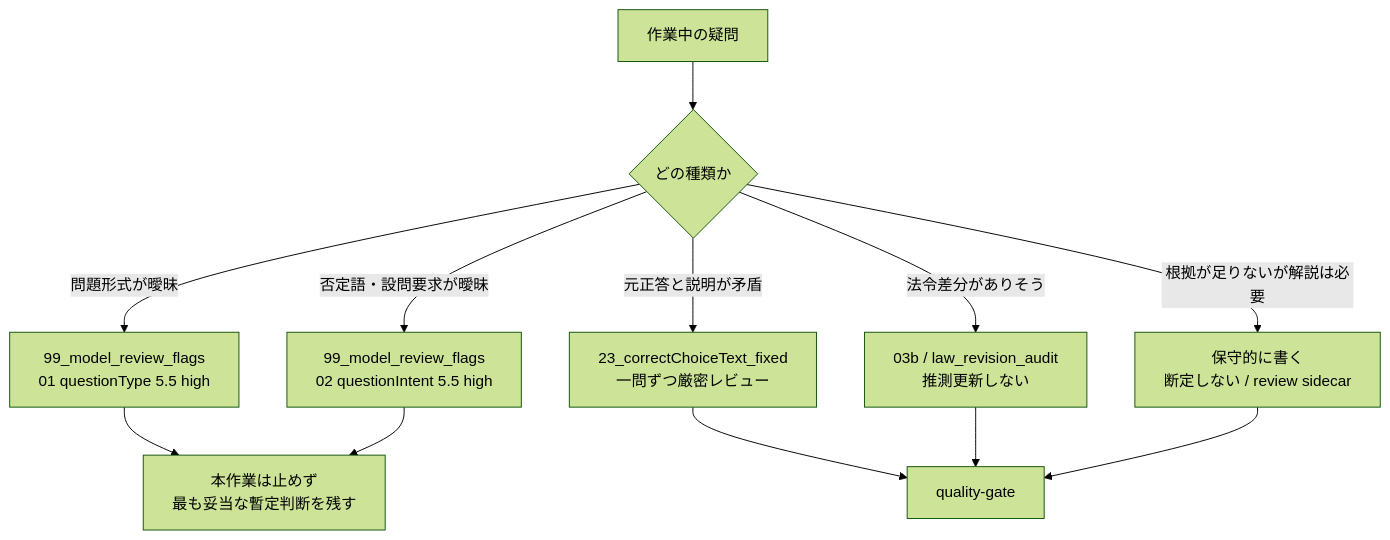
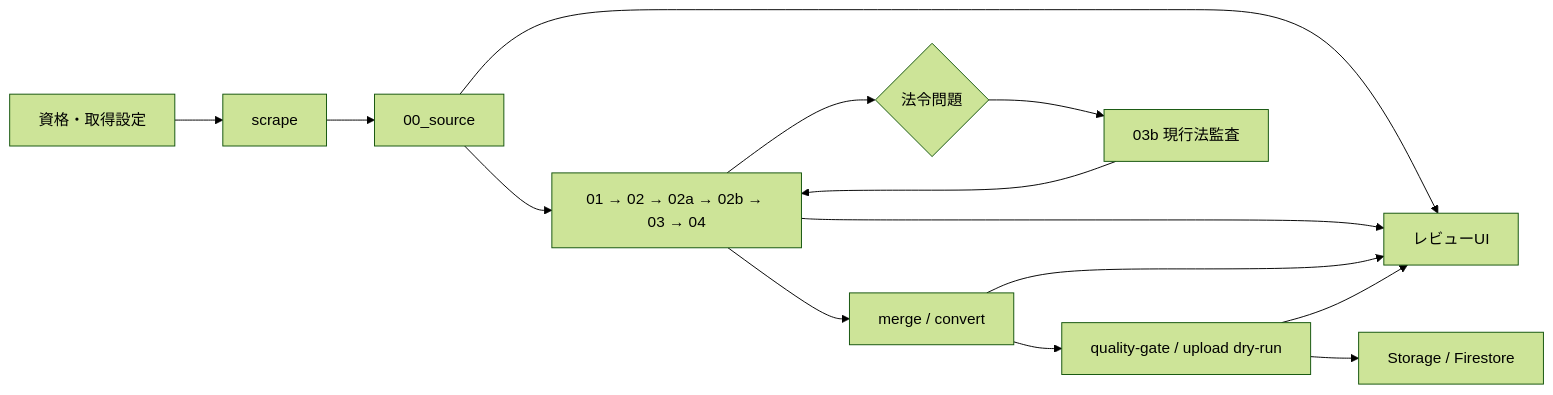
The diagram in document/operations/exam_pipeline_manual_and_automation.md (yuki-mats/exam_scraper), drawn with Mermaid (forest theme) before and after one commit. The commit also changed other lines of this file and 32 other files, not shown here.

````diff
--- a/document/operations/exam_pipeline_manual_and_automation.md
+++ b/document/operations/exam_pipeline_manual_and_automation.md
@@ -198,15 +7,18 @@
 ```mermaid
-flowchart TD
-  Work["作業中の疑問"] --> Type{"どの種類か"}
-  Type -- "問題形式が曖昧" --> Sidecar01["99_model_review_flags<br/>01 questionType 5.5 high"]
-  Type -- "否定語・設問要求が曖昧" --> Sidecar02["99_model_review_flags<br/>02 questionIntent 5.5 high"]
-  Type -- "元正答と説明が矛盾" --> CorrectReview["23_correctChoiceText_fixed<br/>一問ずつ厳密レビュー"]
-  Type -- "法令差分がありそう" --> LawAudit["03b / law_revision_audit<br/>推測更新しない"]
-  Type -- "根拠が足りないが解説は必要" --> Conservative["保守的に書く<br/>断定しない / review sidecar"]
+flowchart LR
+  Setup["資格・取得設定"] --> Scrape["scrape"]
+  Scrape --> Source["00_source"]
+  Source --> Review["01 → 02 → 02a → 02b → 03 → 04"]
+  Review --> Merge["merge / convert"]
+  Merge --> Gate["quality-gate / upload dry-run"]
+  Gate --> Publish["Storage / Firestore"]
 
-  Sidecar01 --> Continue["本作業は止めず<br/>最も妥当な暫定判断を残す"]
-  Sidecar02 --> Continue
-  CorrectReview --> Gate["quality-gate"]
-  LawAudit --> Gate
-  Conservative --> Gate
+  Review --> Law{"法令問題"}
+  Law --> Audit["03b 現行法監査"]
+  Audit --> Review
+
+  Source --> Console["レビューUI"]
+  Review --> Console
+  Merge --> Console
+  Gate --> Console
 ```
````
